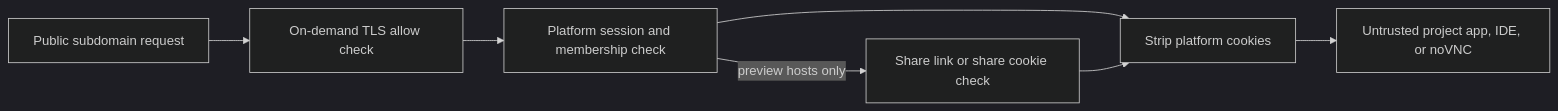
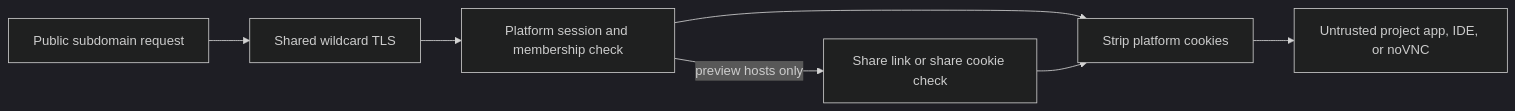
One commit to AbdallahMohamedDotnet/remote.futrx changed the seventh of 7 diagrams in docs/03-platform/06-previews-and-browser.md. Above: the diagram before and after it, drawn with Mermaid (dark theme). The commit also changed other lines of this file and 6 other files, not shown here.

````diff
--- a/docs/03-platform/06-previews-and-browser.md
+++ b/docs/03-platform/06-previews-and-browser.md
@@ -161,9 +161,9 @@
 ```mermaid
 flowchart LR
-    Request["Public subdomain request"] --> TLS["On-demand TLS allow check"]
+    Request["Public subdomain request"] --> TLS["Shared wildcard TLS"]
     TLS --> Auth["Platform session and membership check"]
     Auth -->|"preview hosts only"| Share["Share link or share cookie check"]
     Auth --> Strip["Strip platform cookies"]
     Share --> Strip
     Strip --> Container["Untrusted project app, IDE, or noVNC"]
 ```
````
